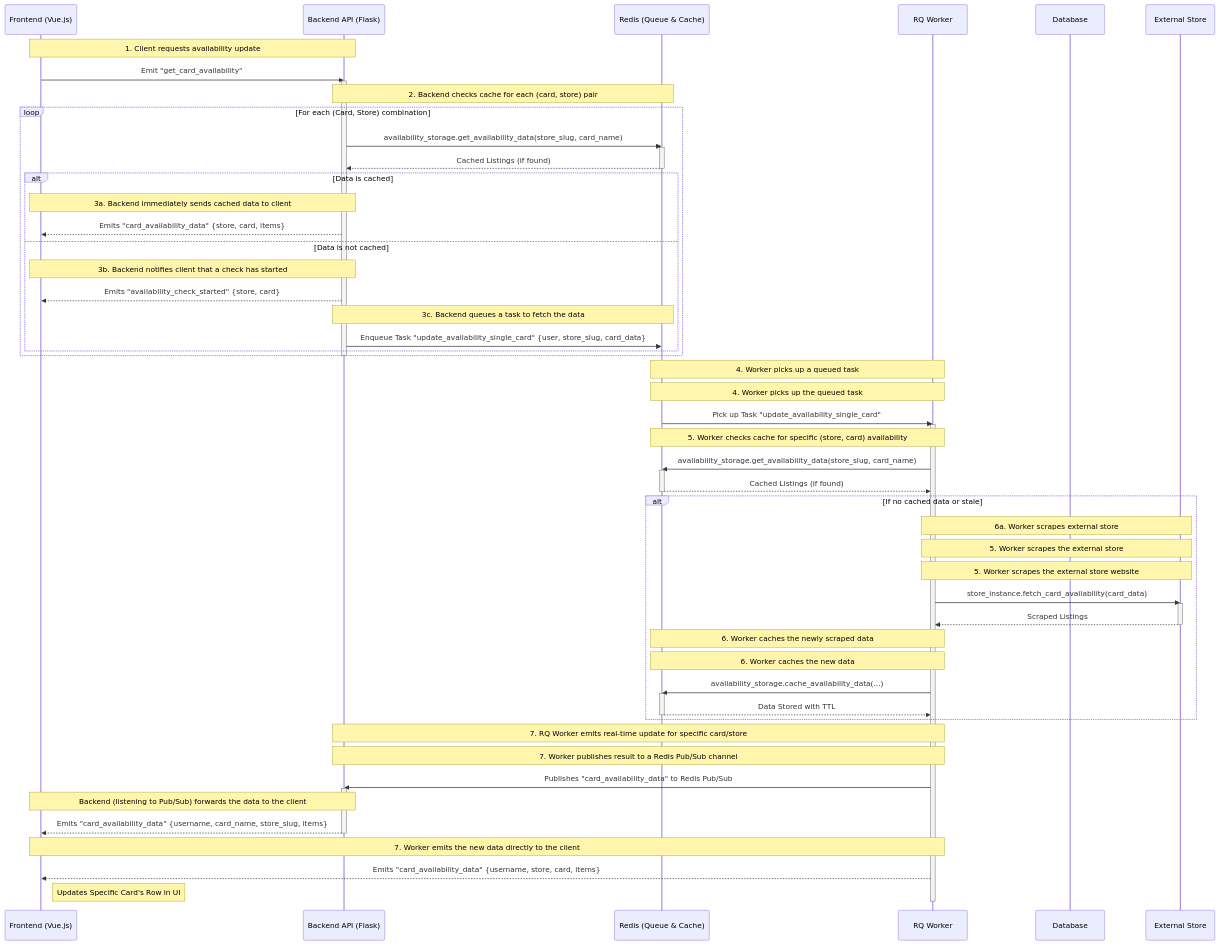
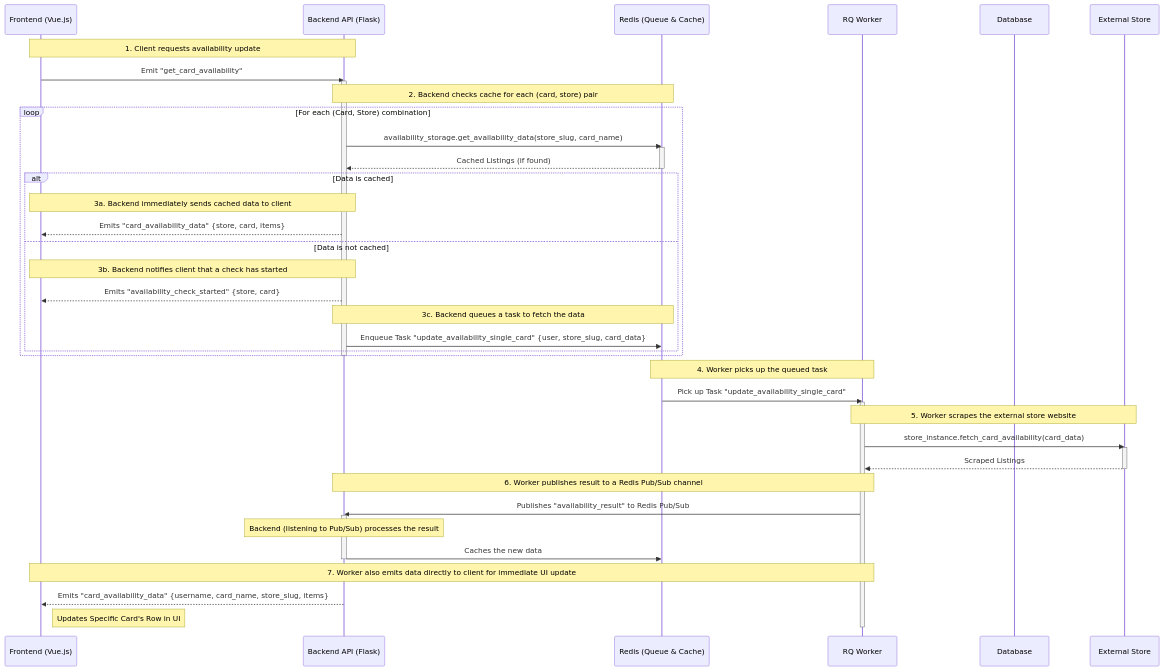
Before and after one commit to smileyface/LGS-Stock-Checker: the fourth of 10 diagrams in docs/docs.md, drawn with Mermaid. The commit also changed other lines of this file and 64 other files, not shown here.

````diff
--- a/docs/docs.md
+++ b/docs/docs.md
@@ -131,75 +133,56 @@
 ```mermaid
 sequenceDiagram
     participant Client as Frontend (Vue.js)
     participant Backend as Backend API (Flask)
     participant Redis as Redis (Queue & Cache)
     participant Worker as RQ Worker
     participant DB as Database
     participant ExternalStore as External Store
     
     Note over Client, Backend: 1. Client requests availability update
     Client->>Backend: Emit "get_card_availability"
     activate Backend
     
     Note over Backend, Redis: 2. Backend checks cache for each (card, store) pair
     loop For each (Card, Store) combination
         Backend->>Redis: availability_storage.get_availability_data(store_slug, card_name)
         activate Redis
         Redis-->>Backend: Cached Listings (if found)
         deactivate Redis
         
         alt Data is cached
             Note over Backend, Client: 3a. Backend immediately sends cached data to client
             Backend-->>Client: Emits "card_availability_data" {store, card, items}
         else Data is not cached
             Note over Backend, Client: 3b. Backend notifies client that a check has started
             Backend-->>Client: Emits "availability_check_started" {store, card}
             Note over Backend, Redis: 3c. Backend queues a task to fetch the data
             Backend->>Redis: Enqueue Task "update_availability_single_card" {user, store_slug, card_data}
             
         end
     end
     deactivate Backend
     
-    Note over Redis, Worker: 4. Worker picks up a queued task
     Note over Redis, Worker: 4. Worker picks up the queued task
     Redis->>Worker: Pick up Task "update_availability_single_card"
     activate Worker
-    Note over Worker, Redis: 5. Worker checks cache for specific (store, card) availability
-    Worker->>Redis: availability_storage.get_availability_data(store_slug, card_name)
-    activate Redis
-    Redis-->>Worker: Cached Listings (if found)
-    deactivate Redis
-
-    alt If no cached data or stale
-        Note over Worker, ExternalStore: 6a. Worker scrapes external store
     
-    Note over Worker, ExternalStore: 5. Worker scrapes the external store
     Note over Worker, ExternalStore: 5. Worker scrapes the external store website
-        Worker->>ExternalStore: store_instance.fetch_card_availability(card_data)
-        activate ExternalStore
-        ExternalStore-->>Worker: Scraped Listings
-        deactivate ExternalStore
+    Worker->>ExternalStore: store_instance.fetch_card_availability(card_data)
+    activate ExternalStore
+    ExternalStore-->>Worker: Scraped Listings
+    deactivate ExternalStore
     
-    Note over Worker, Redis: 6. Worker caches the newly scraped data
-    Note over Worker, Redis: 6. Worker caches the new data
-        Worker->>Redis: availability_storage.cache_availability_data(...)
-        activate Redis
-        Redis-->>Worker: Data Stored with TTL
-        deactivate Redis
-    end
-    Note over Worker, Backend: 7. RQ Worker emits real-time update for specific card/store
-    
-    Note over Worker, Backend: 7. Worker publishes result to a Redis Pub/Sub channel
-    Worker->>Backend: Publishes "card_availability_data" to Redis Pub/Sub
+    Note over Worker, Backend: 6. Worker publishes result to a Redis Pub/Sub channel
+    Worker->>Backend: Publishes "availability_result" to Redis Pub/Sub
     activate Backend
-    Note over Backend, Client: Backend (listening to Pub/Sub) forwards the data to the client
-    Backend-->>Client: Emits "card_availability_data" {username, card_name, store_slug, items}
+    Note over Backend: Backend (listening to Pub/Sub) processes the result
+    Backend->>Redis: Caches the new data
     deactivate Backend
     
-    Note over Worker, Client: 7. Worker emits the new data directly to the client
-    Worker-->>Client: Emits "card_availability_data" {username, store, card, items}
+    Note over Worker, Client: 7. Worker also emits data directly to client for immediate UI update
+    Backend-->>Client: Emits "card_availability_data" {username, card_name, store_slug, items}
     Note right of Client: Updates Specific Card's Row in UI
 
     deactivate Worker
 ```
````
